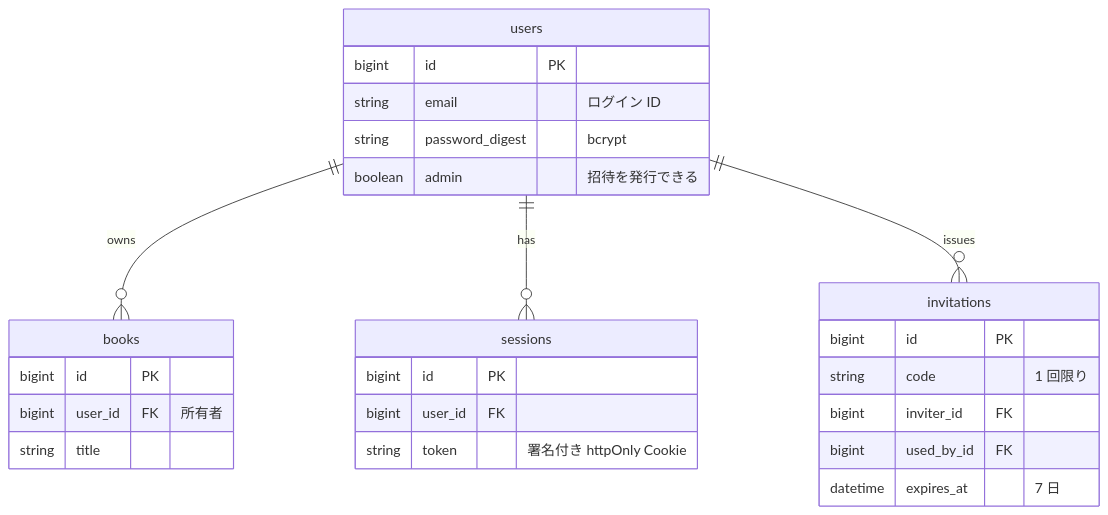
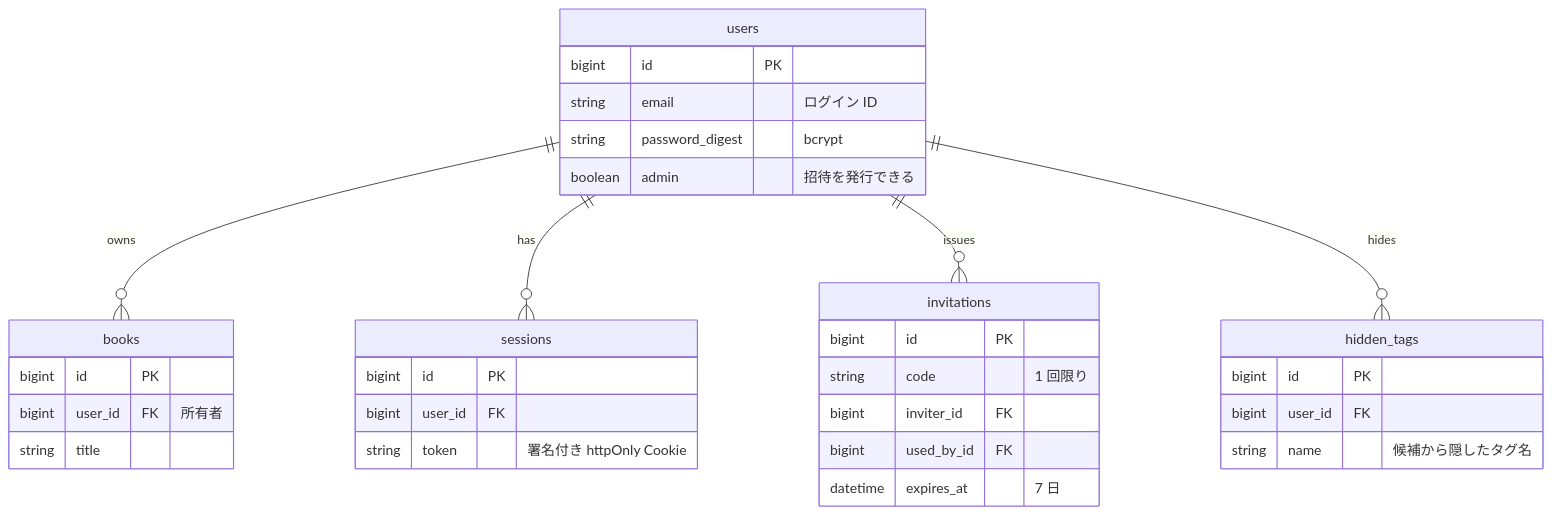
One commit to adamaru-code/reading-board changed the fourth of 7 diagrams in docs/basic-design.md. Above: the diagram before and after it, drawn with Mermaid. The commit also changed other lines of this file and 17 other files, not shown here.

````diff
--- a/docs/basic-design.md
+++ b/docs/basic-design.md
@@ -113,29 +113,35 @@
 ```mermaid
 erDiagram
     users ||--o{ books : "owns"
     users ||--o{ sessions : "has"
     users ||--o{ invitations : "issues"
+    users ||--o{ hidden_tags : "hides"
     users {
         bigint id PK
         string email "ログイン ID"
         string password_digest "bcrypt"
         boolean admin "招待を発行できる"
     }
     invitations {
         bigint id PK
         string code "1 回限り"
         bigint inviter_id FK
         bigint used_by_id FK
         datetime expires_at "7 日"
     }
+    hidden_tags {
+        bigint id PK
+        bigint user_id FK
+        string name "候補から隠したタグ名"
+    }
     sessions {
         bigint id PK
         bigint user_id FK
         string token "署名付き httpOnly Cookie"
     }
     books {
         bigint id PK
         bigint user_id FK "所有者"
         string title
     }
 ```
````
